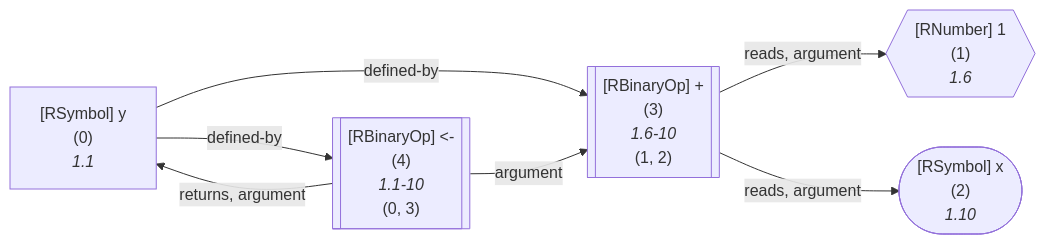
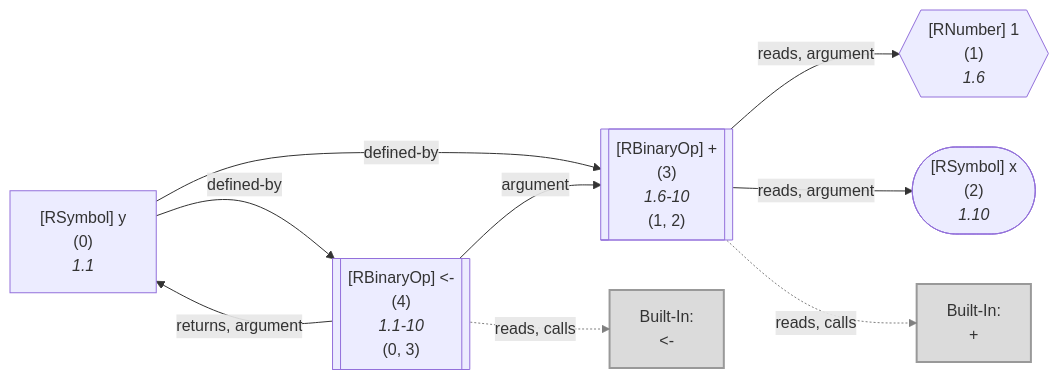
One commit to flowr-analysis/flowr changed the seventh of 7 diagrams in wiki/Interface.md. Above: the diagram before and after it, drawn with Mermaid. The commit also changed other lines of this file and 339 other files, not shown here.

````diff
--- a/wiki/Interface.md
+++ b/wiki/Interface.md
@@ -2123,26 +2160,36 @@
 ```mermaid
 flowchart LR
     1{{"`#91;RNumber#93; 1
       (1)
       *1.6*`"}}
     2(["`#91;RSymbol#93; x
       (2)
       *1.10*`"])
     3[["`#91;RBinaryOp#93; #43;
       (3)
       *1.6-10*
     (1, 2)`"]]
+    built-in:_["`Built-In:
+#43;`"]
+    style built-in:_ stroke:gray,fill:lightgray,stroke-width:2px,opacity:.8;
     0["`#91;RSymbol#93; y
       (0)
       *1.1*`"]
     4[["`#91;RBinaryOp#93; #60;#45;
       (4)
       *1.1-10*
     (0, 3)`"]]
+    built-in:_-["`Built-In:
+#60;#45;`"]
+    style built-in:_- stroke:gray,fill:lightgray,stroke-width:2px,opacity:.8;
     3 -->|"reads, argument"| 1
     3 -->|"reads, argument"| 2
+    3 -.->|"reads, calls"| built-in:_
+    linkStyle 2 stroke:gray;
     0 -->|"defined-by"| 3
     0 -->|"defined-by"| 4
     4 -->|"argument"| 3
     4 -->|"returns, argument"| 0
+    4 -.->|"reads, calls"| built-in:_-
+    linkStyle 7 stroke:gray;
 ```
````
